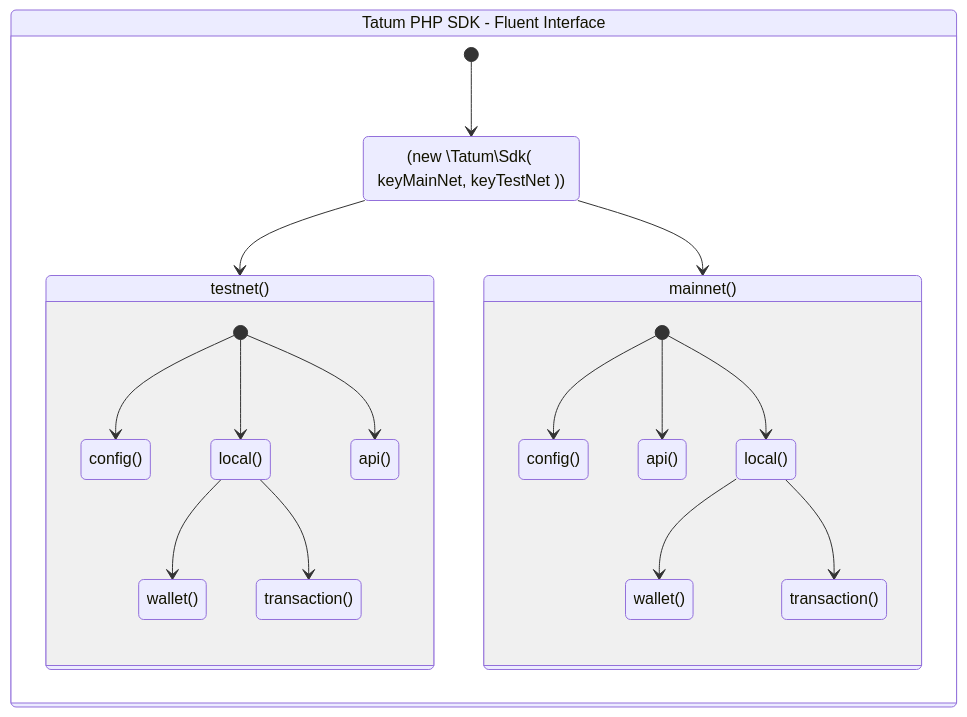
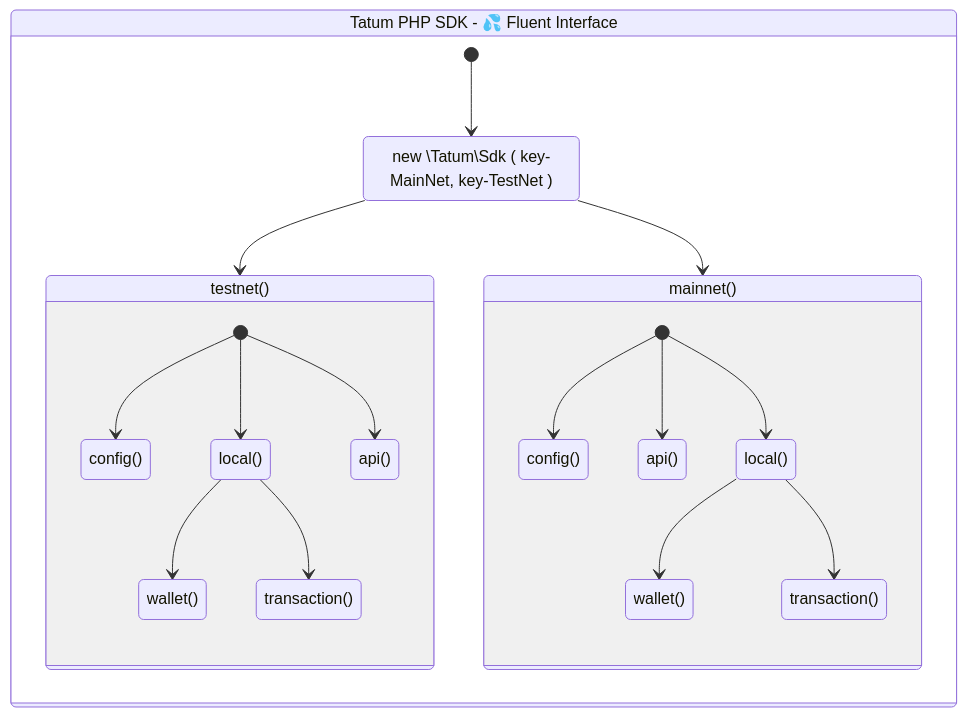
The diagram in docs/index.md (tatumio/tatum-php), drawn with Mermaid before and after one commit. The commit also changed other lines of this file, not shown here.

Commit message:
[build-php] Debugger examples fix

````diff
--- a/docs/index.md
+++ b/docs/index.md
@@ -25,34 +25,34 @@
 ```mermaid
 stateDiagram-v2
-    label: Tatum PHP SDK - Fluent Interface
+    label: Tatum PHP SDK - 💦 Fluent Interface
 
     state label {
-        sdk: (new \Tatum\Sdk( keyMainNet, keyTestNet ))
+        sdk: new \Tatum\Sdk ( key-MainNet, key-TestNet )
         [*] --> sdk
         sdk --> testnet()
         sdk --> mainnet()
 
         state testnet() {
             [*] --> config()
             [*] --> local()
             [*] --> api()
             
             local() --> wallet()
             local() --> transaction()
         }
 
         state mainnet() {
             mConfig(): config()
             mLocal(): local()
             mApi(): api()
             mWallet(): wallet()
             mTransaction(): transaction()
 
             [*] --> mApi()
             [*] --> mLocal()
             [*] --> mConfig()
             mLocal() --> mWallet()
             mLocal() --> mTransaction()
         }
     }
 ```
````
